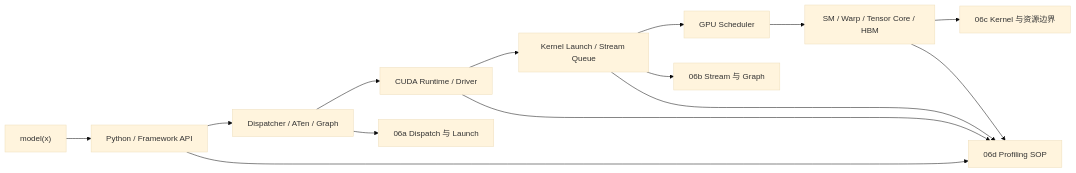
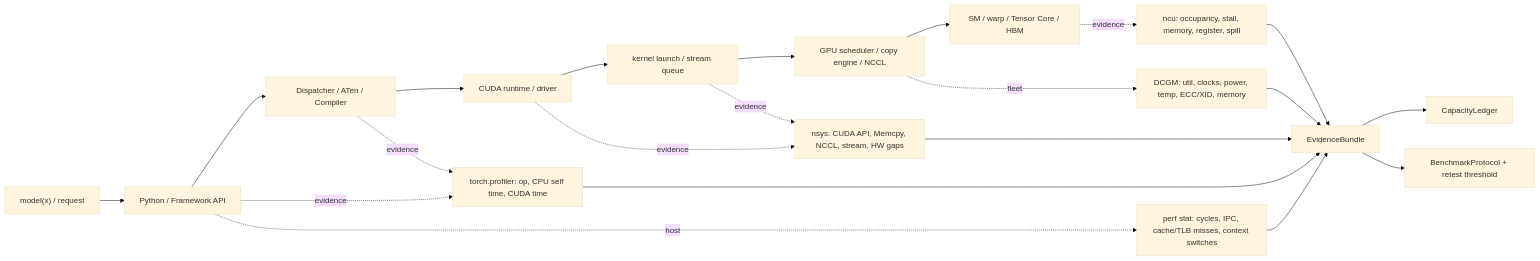
The diagram in ai-infra-tutorial/part2-systems-stack/06-cuda-runtime-and-kernels.md (qxhy123/learn), drawn with Mermaid (base theme) before and after one commit. The commit also changed other lines of this file and 5 other files, not shown here.

Commit message:
Wave 2: deepen CUDA runtime family and tooling map

````diff
--- a/ai-infra-tutorial/part2-systems-stack/06-cuda-runtime-and-kernels.md
+++ b/ai-infra-tutorial/part2-systems-stack/06-cuda-runtime-and-kernels.md
@@ -27,17 +45,25 @@
 ```mermaid
 flowchart LR
-  A["model(x)"] --> B[Python / Framework API]
-  B --> C[Dispatcher / ATen / Graph]
-  C --> D[CUDA Runtime / Driver]
-  D --> E[Kernel Launch / Stream Queue]
-  E --> F[GPU Scheduler]
-  F --> G[SM / Warp / Tensor Core / HBM]
+  A["model(x) / request"] --> B["Python / Framework API"]
+  B --> C["Dispatcher / ATen / Compiler"]
+  C --> D["CUDA runtime / driver"]
+  D --> E["kernel launch / stream queue"]
+  E --> F["GPU scheduler / copy engine / NCCL"]
+  F --> G["SM / warp / Tensor Core / HBM"]
 
-  C --> H[06a Dispatch 与 Launch]
-  E --> I[06b Stream 与 Graph]
-  G --> J[06c Kernel 与资源边界]
-  B --> K[06d Profiling SOP]
-  D --> K
-  E --> K
-  G --> K
+  B -. evidence .-> P["torch.profiler: op, CPU self time, CUDA time"]
+  C -. evidence .-> P
+  D -. evidence .-> N["nsys: CUDA API, Memcpy, NCCL, stream, HW gaps"]
+  E -. evidence .-> N
+  G -. evidence .-> U["ncu: occupancy, stall, memory, register, spill"]
+  B -. host .-> R["perf stat: cycles, IPC, cache/TLB misses, context switches"]
+  F -. fleet .-> M["DCGM: util, clocks, power, temp, ECC/XID, memory"]
+
+  N --> EB["EvidenceBundle"]
+  P --> EB
+  U --> EB
+  R --> EB
+  M --> EB
+  EB --> CL["CapacityLedger"]
+  EB --> BP["BenchmarkProtocol + retest threshold"]
 ```
````
